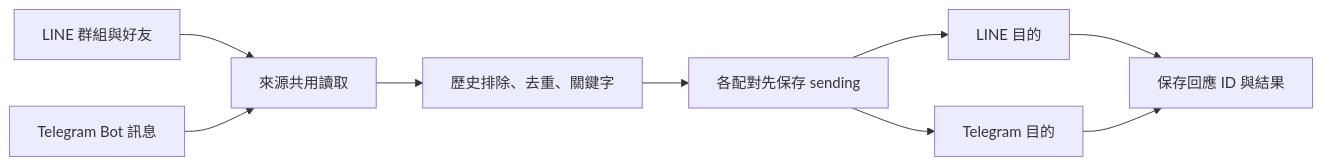
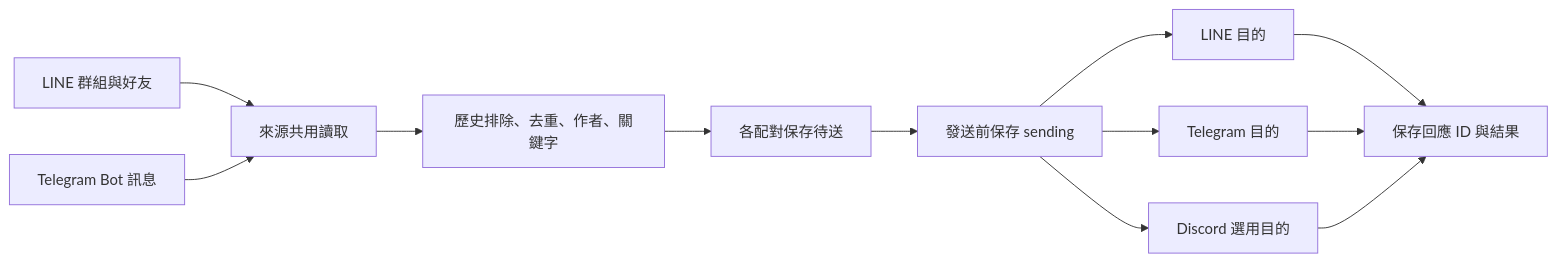
The diagram in README.md (b40609/LinePort), drawn with Mermaid before and after one commit. The commit also changed other lines of this file and 35 other files, not shown here.

````diff
--- a/README.md
+++ b/README.md
@@ -54,11 +57,14 @@
 ```mermaid
 flowchart LR
     L[LINE 群組與好友] --> R[來源共用讀取]
     T[Telegram Bot 訊息] --> R
-    R --> F[歷史排除、去重、關鍵字]
-    F --> J[各配對先保存 sending]
+    R --> F[歷史排除、去重、作者、關鍵字]
+    F --> Q[各配對保存待送]
+    Q --> J[發送前保存 sending]
     J --> DL[LINE 目的]
     J --> DT[Telegram 目的]
+    J --> DD[Discord 選用目的]
     DL --> S[保存回應 ID 與結果]
     DT --> S
+    DD --> S
 ```
````
